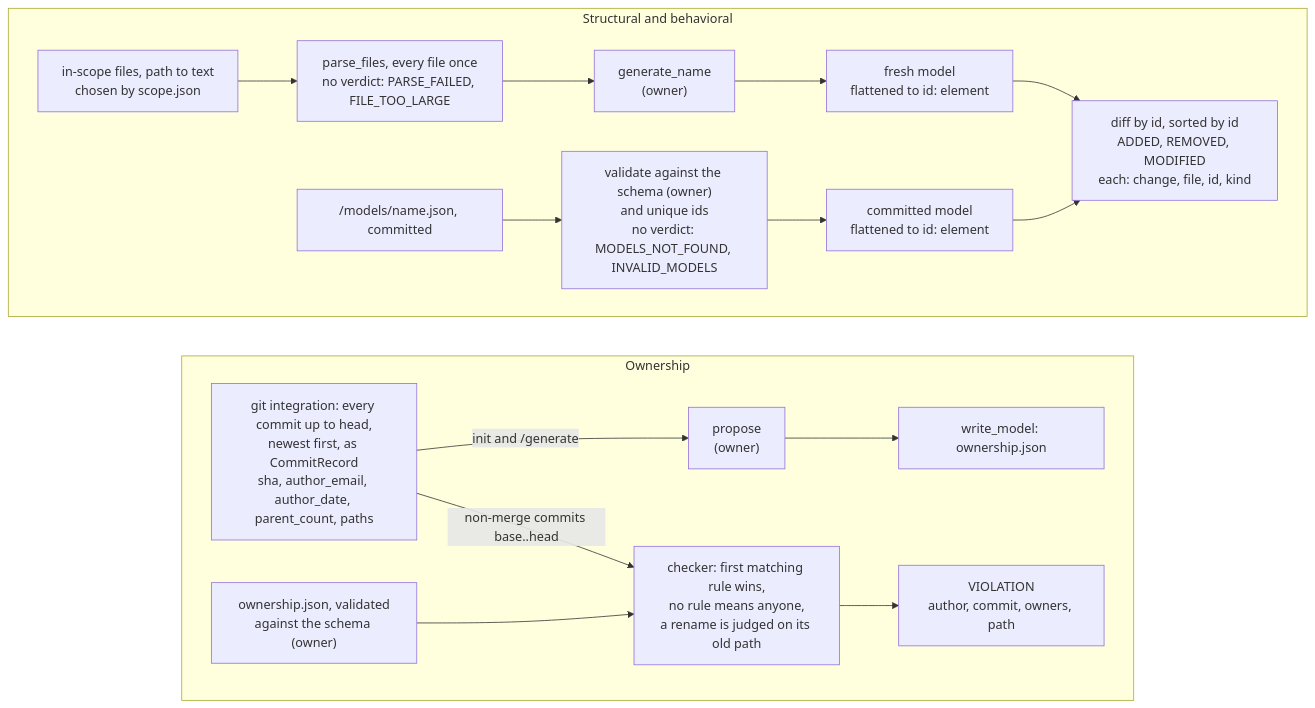
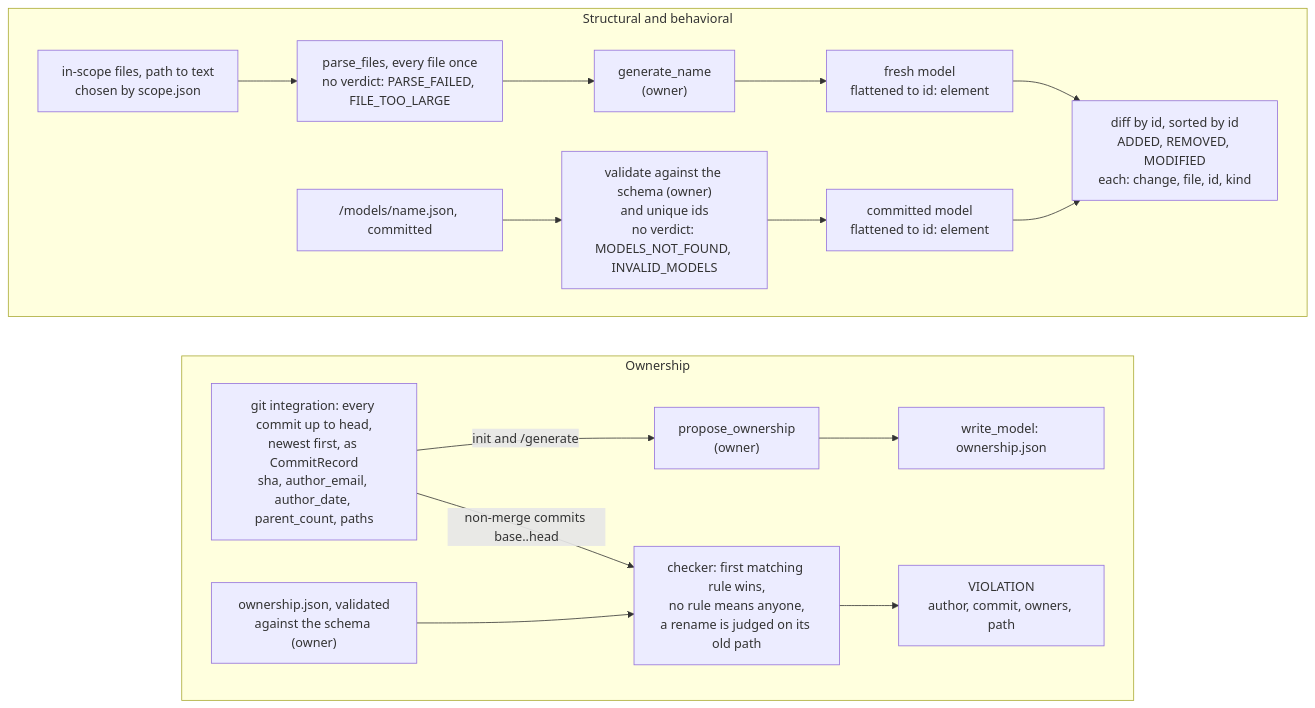
The diagram in docs/models/model-seam.md (MuhammadSban/DocumentationModelDrifter), drawn with Mermaid before and after one commit. The commit also changed other lines of this file and 1 other file, not shown here.

Commit message:
Keep the name propose_ownership and constant settings in the seam and plan

````diff
--- a/docs/models/model-seam.md
+++ b/docs/models/model-seam.md
@@ -36,24 +36,24 @@
 ```mermaid
 flowchart TB
     accTitle: The model seam in one check
     accDescr: For structural and behavioral, the core parses the in-scope files, calls the owner's generator, validates the committed model against the owner's schema, flattens both to a map from id to element and diffs them by id. For ownership, the core builds commit records, the owner's propose function turns them into ownership.json at init, and the core's checker judges each commit against those rules.
 
     subgraph SB[Structural and behavioral]
         Files[in-scope files, path to text<br/>chosen by scope.json] --> Parse[parse_files, every file once<br/>no verdict: PARSE_FAILED, FILE_TOO_LARGE]
         Parse --> Gen["generate_name<br/>(owner)"]
         Gen --> Fresh[fresh model<br/>flattened to id: element]
         Committed["/models/name.json, committed"] --> Valid["validate against the schema (owner)<br/>and unique ids<br/>no verdict: MODELS_NOT_FOUND, INVALID_MODELS"]
         Valid --> Old[committed model<br/>flattened to id: element]
         Fresh & Old --> Diff[diff by id, sorted by id<br/>ADDED, REMOVED, MODIFIED<br/>each: change, file, id, kind]
     end
 
     subgraph OW[Ownership]
         Log[git integration: every commit up to head,<br/>newest first, as CommitRecord<br/>sha, author_email, author_date, parent_count, paths]
-        Log -- init and /generate --> Prop["propose<br/>(owner)"] --> Write[write_model: ownership.json]
+        Log -- init and /generate --> Prop["propose_ownership<br/>(owner)"] --> Write[write_model: ownership.json]
         Log -- non-merge commits base..head --> Check[checker: first matching rule wins,<br/>no rule means anyone,<br/>a rename is judged on its old path]
         Rules["ownership.json, validated<br/>against the schema (owner)"] --> Check
         Check --> Viol[VIOLATION<br/>author, commit, owners, path]
     end
 
     SB ~~~ OW
 ```
````
